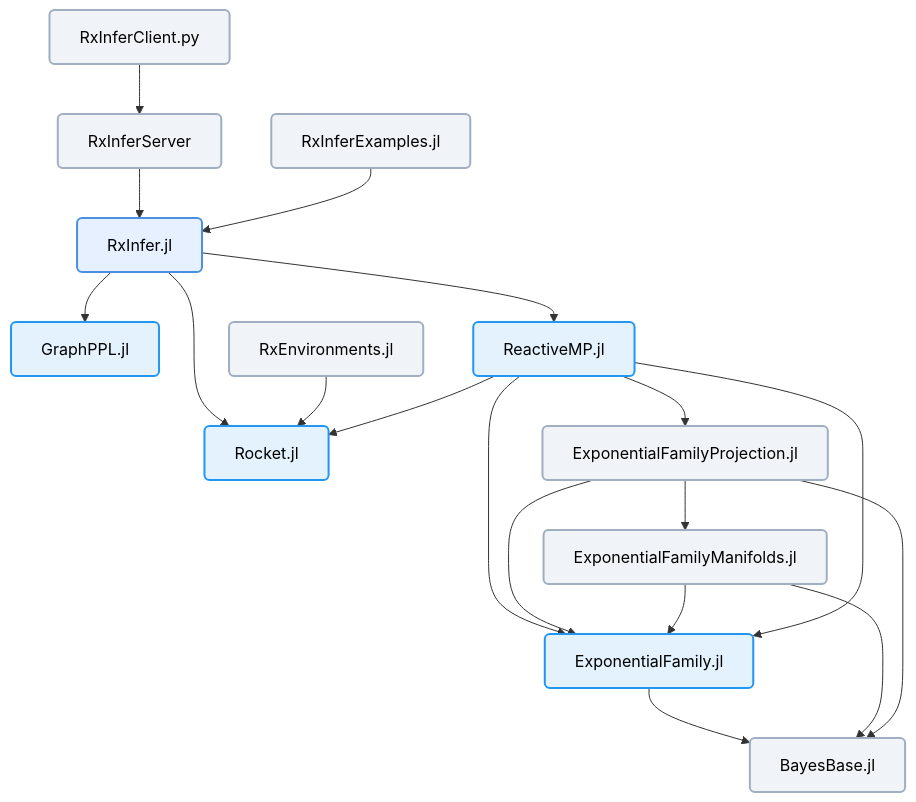
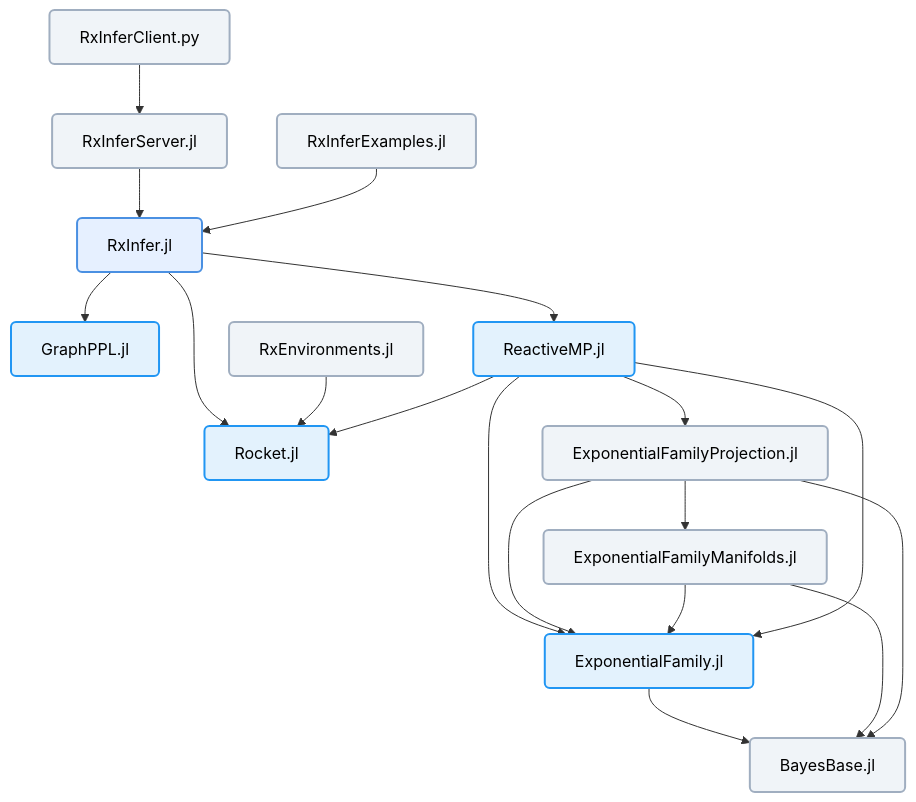
One commit to ReactiveBayes/.github changed the diagram in profile/README.md. Above: the diagram before and after it, drawn with Mermaid. The commit also changed other lines of this file, not shown here.

Commit message:
Apply suggestions from code review

````diff
--- a/profile/README.md
+++ b/profile/README.md
@@ -7,50 +7,50 @@
 ```mermaid 
 graph TD
     %% Node definitions
     RxInfer["RxInfer.jl"]
     RxInferExamples["RxInferExamples.jl"]
     GraphPPL["GraphPPL.jl"]
     ReactiveMP["ReactiveMP.jl"]
     Rocket["Rocket.jl"]
     RxEnvironments["RxEnvironments.jl"]
     ExponentialFamily["ExponentialFamily.jl"]
     ExponentialFamilyProjection["ExponentialFamilyProjection.jl"]
     ExponentialFamilyManifolds["ExponentialFamilyManifolds.jl"]
     BayesBase["BayesBase.jl"]
-    RxInferServer["RxInferServer"]
+    RxInferServer["RxInferServer.jl"]
     RxInferClient["RxInferClient.py"]
 
     %% Connections
     RxInfer --> GraphPPL
     RxInfer --> ReactiveMP
     RxInfer --> Rocket
 
     RxInferServer --> RxInfer
     RxInferClient --> RxInferServer
     RxEnvironments --> Rocket
 
     RxInferExamples --> RxInfer
     
     ReactiveMP --> ExponentialFamily
     ReactiveMP --> ExponentialFamilyProjection
     ReactiveMP --> Rocket
     
     ExponentialFamilyProjection --> ExponentialFamilyManifolds
     ExponentialFamilyProjection --> ExponentialFamily
     ExponentialFamilyManifolds --> ExponentialFamily
     
     ReactiveMP --> ExponentialFamily
     
     ExponentialFamily --> BayesBase
     ExponentialFamilyManifolds --> BayesBase
     ExponentialFamilyProjection --> BayesBase
 
     %% Node styling
     classDef default fill:#f0f4f8,stroke:#a0aec0,stroke-width:2px,rx:5px,text-decoration:none,color:#000;
     classDef rxi fill:#e6f0ff,stroke:#4a90e2,stroke-width:2px,rx:5px,text-decoration:none,color:#000;
     classDef core fill:#e3f2fd,stroke:#2196f3,stroke-width:2px,rx:5px,text-decoration:none,color:#000;
     
     %% Apply core styling to main packages
     class ReactiveMP,GraphPPL,Rocket,ExponentialFamily core;
     class RxInfer rxi;
 ```
````
